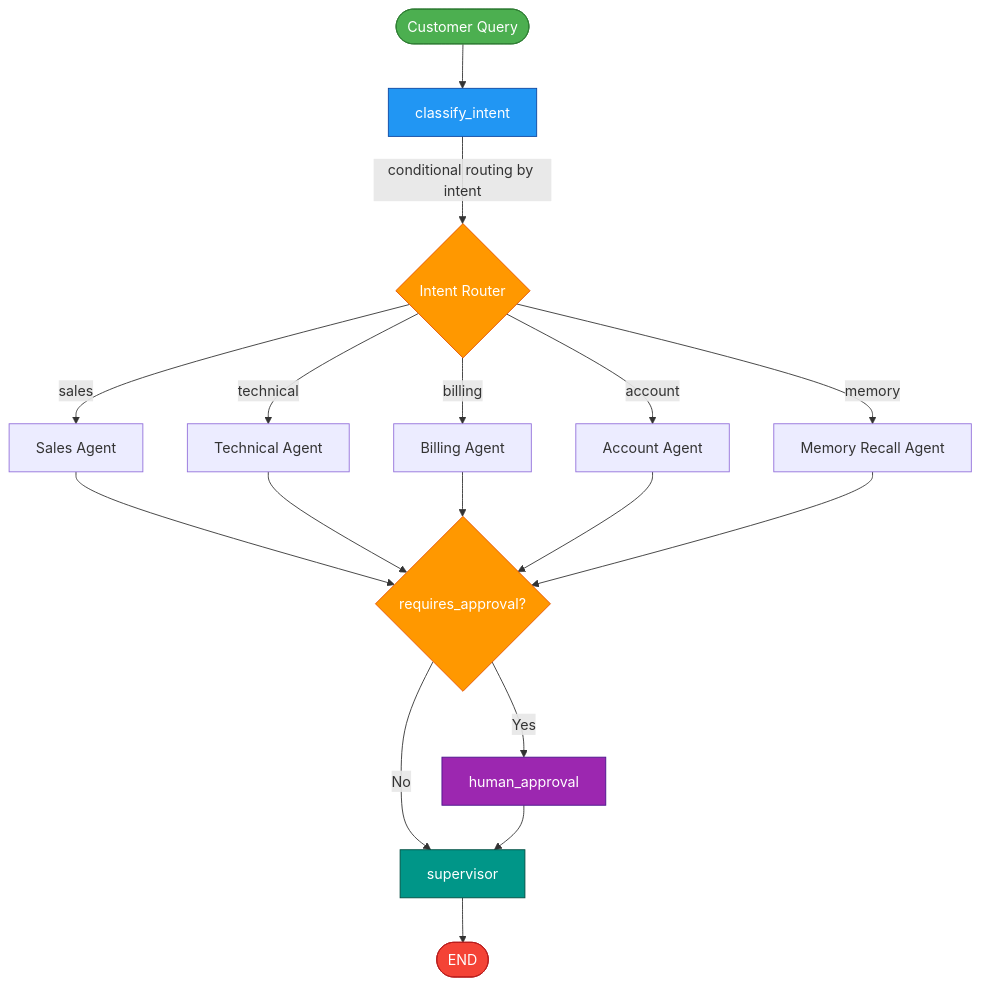
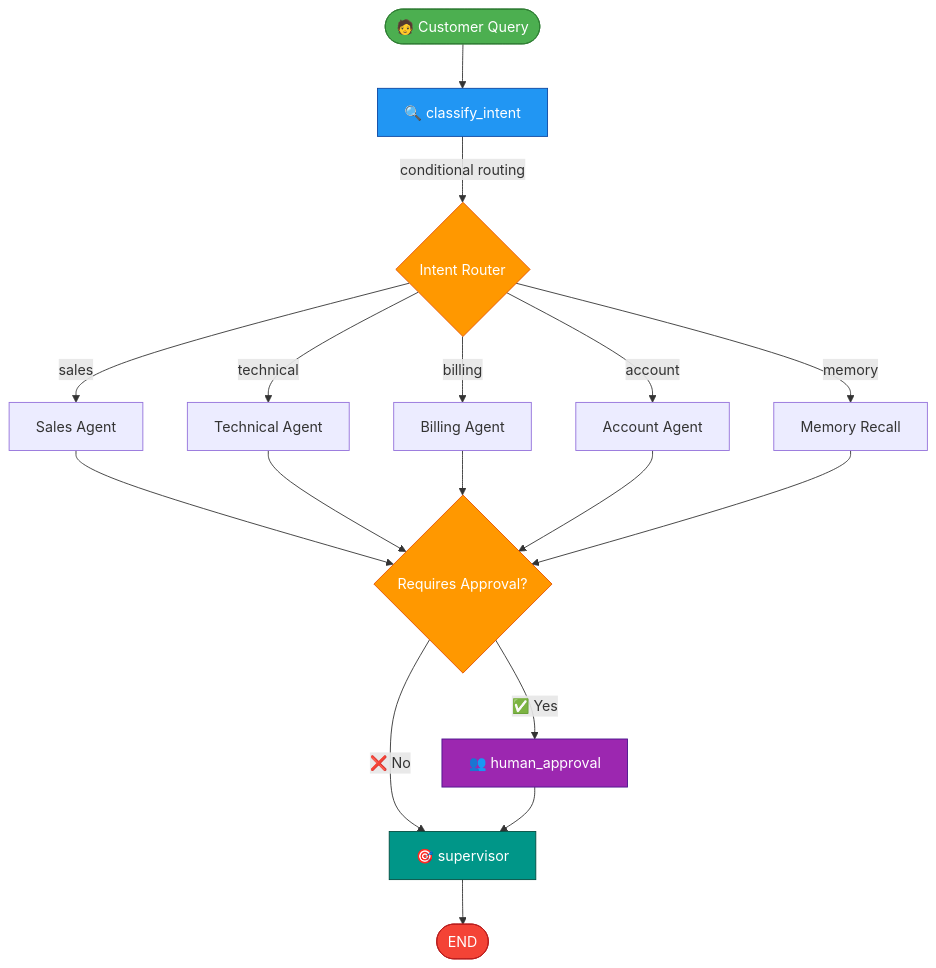
One commit to Jin-070/customer_support_system changed the diagram in README.md. Above: the diagram before and after it, drawn with Mermaid. The commit also changed other lines of this file, not shown here.

````diff
--- a/README.md
+++ b/README.md
@@ -102,31 +132,31 @@
 ```mermaid
 flowchart TD
-    A([Customer Query]) --> B[classify_intent]
-    B -->|conditional routing by intent| C{Intent Router}
+    A([🧑 Customer Query]) --> B[🔍 classify_intent]
+    B -->|conditional routing| C{Intent Router}
     
-    C -->|sales| D1[Sales Agent]
-    C -->|technical| D2[Technical Agent]
-    C -->|billing| D3[Billing Agent]
-    C -->|account| D4[Account Agent]
-    C -->|memory| D5[Memory Recall Agent]
+    C -->|sales| D1[ Sales Agent]
+    C -->|technical| D2[ Technical Agent]
+    C -->|billing| D3[ Billing Agent]
+    C -->|account| D4[ Account Agent]
+    C -->|memory| D5[ Memory Recall]
     
-    D1 --> E{requires_approval?}
+    D1 --> E{Requires Approval?}
     D2 --> E
     D3 --> E
     D4 --> E
     D5 --> E
     
-    E -->|Yes| F[human_approval]
-    E -->|No| G[supervisor]
+    E -->|✅ Yes| F[👥 human_approval]
+    E -->|❌ No| G[🎯 supervisor]
     F --> G
     
-    G --> H([END])
+    G --> H([ END])
     
     style A fill:#4CAF50,stroke:#2E7D32,color:#fff
     style H fill:#F44336,stroke:#B71C1C,color:#fff
     style B fill:#2196F3,stroke:#0D47A1,color:#fff
     style C fill:#FF9800,stroke:#E65100,color:#fff
     style E fill:#FF9800,stroke:#E65100,color:#fff
     style F fill:#9C27B0,stroke:#4A148C,color:#fff
     style G fill:#009688,stroke:#004D40,color:#fff
 ```
````
